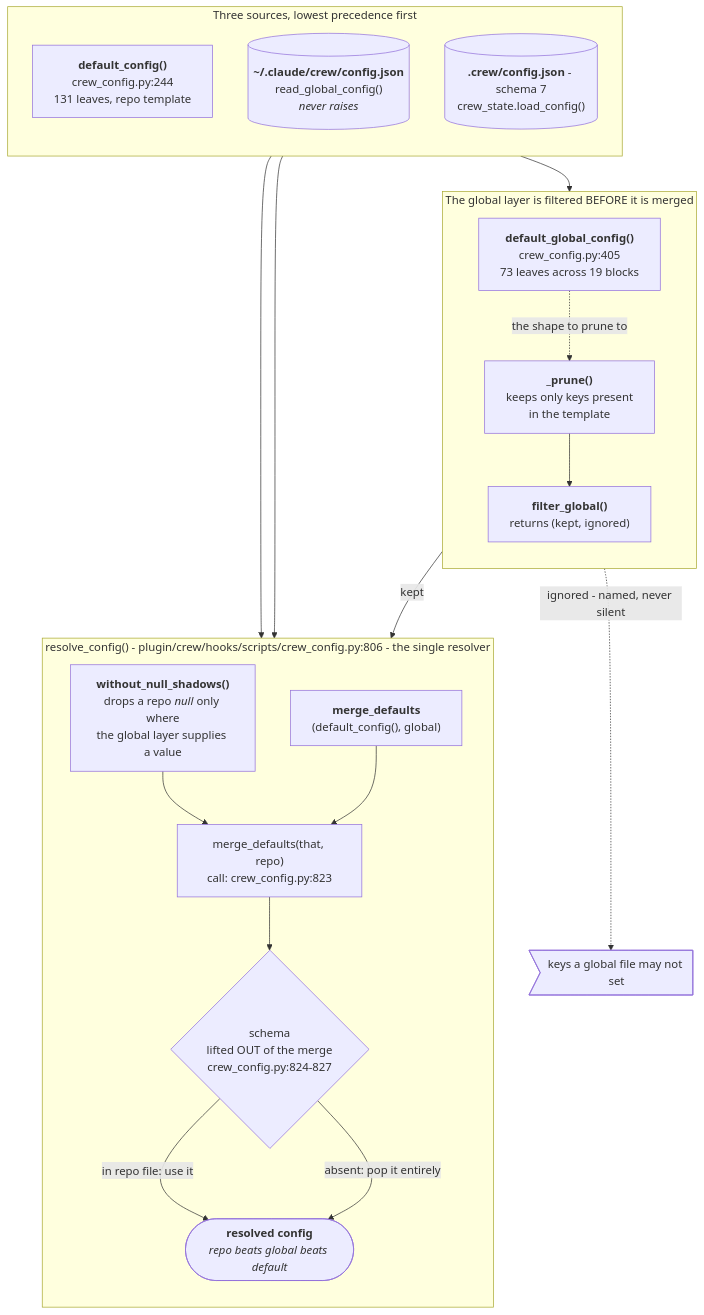
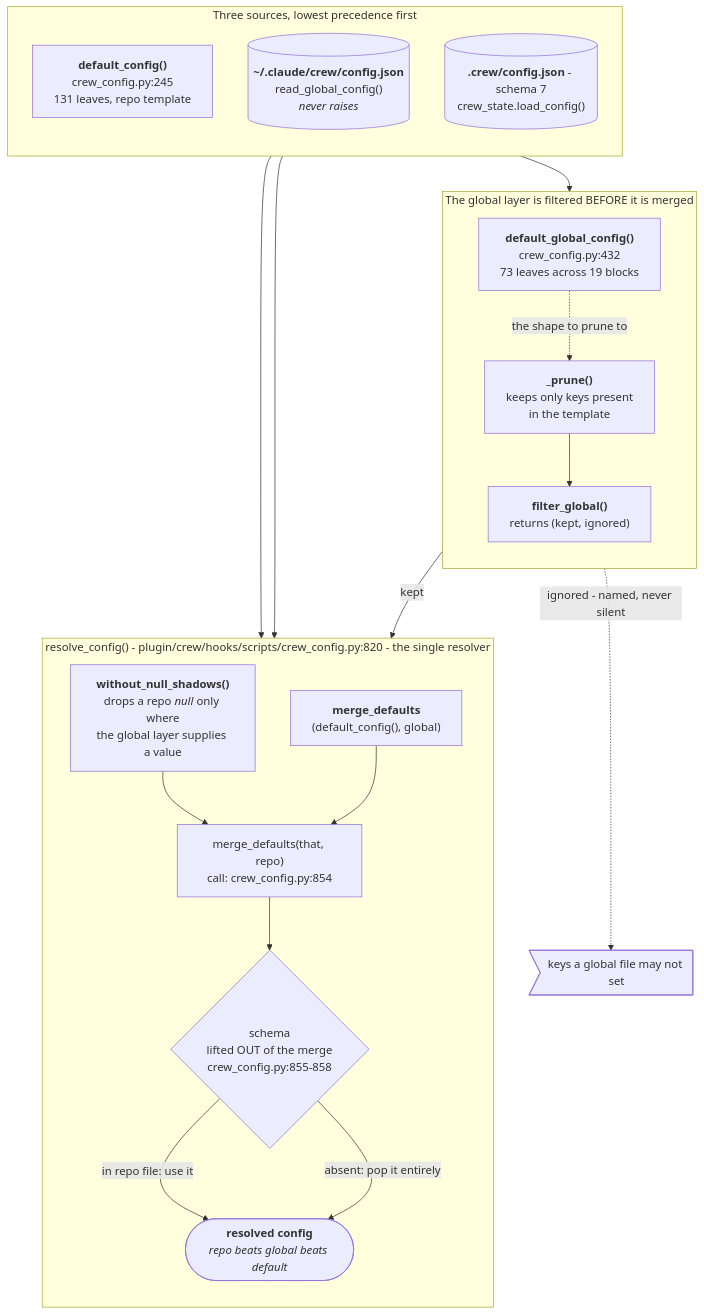
One commit to mbadali25/useful-claude-add-ons changed the sixth of 36 diagrams in docs/diagrams/README.md. Above: the diagram before and after it, drawn with Mermaid. The commit also changed other lines of this file and 9 other files, not shown here.

First line of the commit message:
T-0066: re-point config diagram cites, CONFIG.md measured counts 73/131/58, since-claims to 1.0.330

````diff
--- a/docs/diagrams/README.md
+++ b/docs/diagrams/README.md
@@ -268,39 +268,39 @@
 ```mermaid
 flowchart TB
 
     subgraph Sources["Three sources, lowest precedence first"]
         direction TB
-        DEF["<b>default_config()</b><br/>crew_config.py:244<br/>131 leaves, repo template"]
+        DEF["<b>default_config()</b><br/>crew_config.py:245<br/>131 leaves, repo template"]
         GLB[("<b>~/.claude/crew/config.json</b><br/>read_global_config()<br/><i>never raises</i>")]
         REPO[("<b>.crew/config.json</b> - schema 7<br/>crew_state.load_config()")]
     end
 
     subgraph Gate["The global layer is filtered BEFORE it is merged"]
         direction TB
-        TMPL["<b>default_global_config()</b><br/>crew_config.py:405<br/>73 leaves across 19 blocks"]
+        TMPL["<b>default_global_config()</b><br/>crew_config.py:432<br/>73 leaves across 19 blocks"]
         PRUNE["<b>_prune()</b><br/>keeps only keys present<br/>in the template"]
         FILT["<b>filter_global()</b><br/>returns (kept, ignored)"]
     end
 
-    subgraph Merge["resolve_config() - plugin/crew/hooks/scripts/crew_config.py:806 - the single resolver"]
+    subgraph Merge["resolve_config() - plugin/crew/hooks/scripts/crew_config.py:820 - the single resolver"]
         direction TB
         NULLS["<b>without_null_shadows()</b><br/>drops a repo <i>null</i> only where<br/>the global layer supplies a value"]
         M1["<b>merge_defaults</b><br/>(default_config(), global)"]
-        M2["merge_defaults(that, repo)<br/>call: crew_config.py:823"]
-        SCHEMA{"schema<br/>lifted OUT of the merge<br/>crew_config.py:824-827"}
+        M2["merge_defaults(that, repo)<br/>call: crew_config.py:854"]
+        SCHEMA{"schema<br/>lifted OUT of the merge<br/>crew_config.py:855-858"}
         OUT(["<b>resolved config</b><br/><i>repo beats global beats default</i>"])
     end
 
     DEF --> M1
     GLB --> FILT
     TMPL -.->|"the shape to prune to"| PRUNE
     PRUNE --> FILT
     FILT -->|kept| M1
     FILT -.->|"ignored - named, never silent"| IGN>"keys a global file may not set"]
     REPO --> NULLS
     NULLS --> M2
     M1 --> M2
     M2 --> SCHEMA
     SCHEMA -->|"in repo file: use it"| OUT
     SCHEMA -->|"absent: pop it entirely"| OUT
 ```
````
